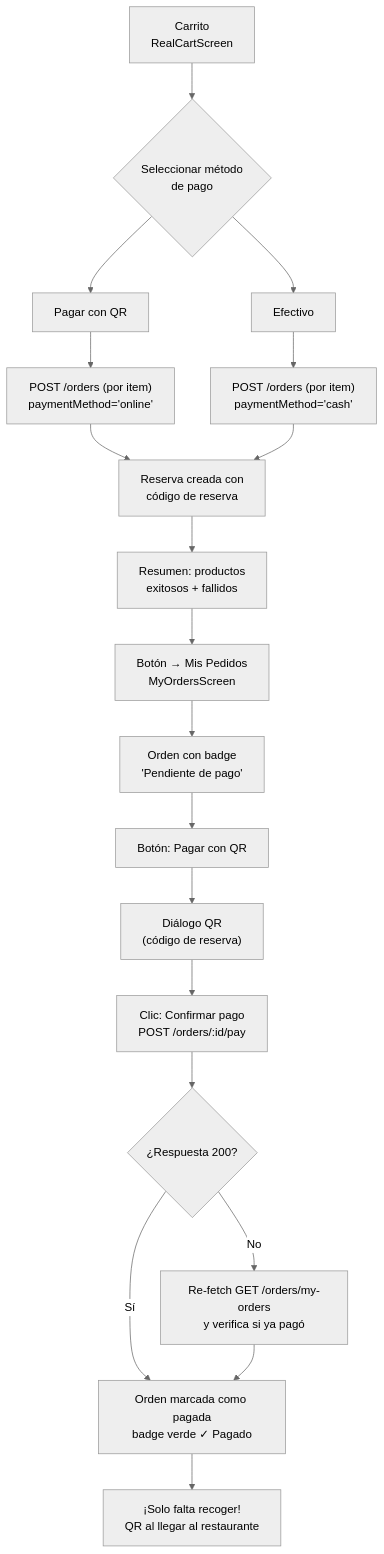
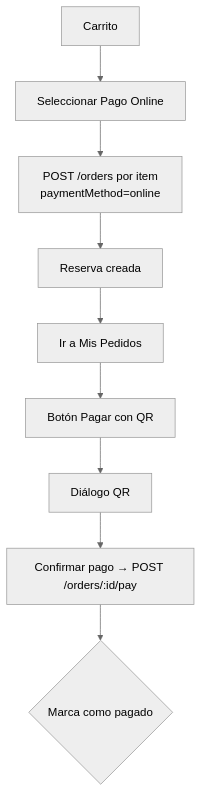
Before and after one commit to Edmilzon/reduccion_desperdicio_alimentos: the first of 2 diagrams in README.md, drawn with Mermaid (neutral theme). The commit also changed other lines of this file, not shown here.

````diff
--- a/README.md
+++ b/README.md
@@ -7,27 +159,11 @@
 ```mermaid
 flowchart TD
-    A[Carrito<br/>RealCartScreen] --> B{"Seleccionar método<br/>de pago"}
-    B --> C[Pagar con QR]
-    B --> D[Efectivo]
-
-    C --> E["POST /orders (por item)<br/>paymentMethod='online'"]
-    D --> F["POST /orders (por item)<br/>paymentMethod='cash'"]
-
-    E --> G[Reserva creada con<br/>código de reserva]
-    F --> G
-
-    G --> H[Resumen: productos<br/>exitosos + fallidos]
-    H --> I["Botón → Mis Pedidos<br/>MyOrdersScreen"]
-
-    I --> J["Orden con badge<br/>'Pendiente de pago'"]
-    J --> K[Botón: Pagar con QR]
-    K --> L["Diálogo QR<br/>(código de reserva)"]
-    L --> M["Clic: Confirmar pago<br/>POST /orders/:id/pay"]
-    M --> N{¿Respuesta 200?}
-
-    N -->|Sí| O[Orden marcada como pagada<br/>badge verde ✓ Pagado]
-    N -->|No| P["Re-fetch GET /orders/my-orders<br/>y verifica si ya pagó"]
-    P --> O
-
-    O --> Q[¡Solo falta recoger!<br/>QR al llegar al restaurante]
+    A[Carrito] --> B[Seleccionar Pago Online]
+    B --> C[POST /orders por item<br/>paymentMethod=online]
+    C --> D[Reserva creada]
+    D --> E[Ir a Mis Pedidos]
+    E --> F[Botón Pagar con QR]
+    F --> G[Diálogo QR]
+    G --> H[Confirmar pago → POST /orders/:id/pay]
+    H --> I{Marca como pagado}
 ```
````
